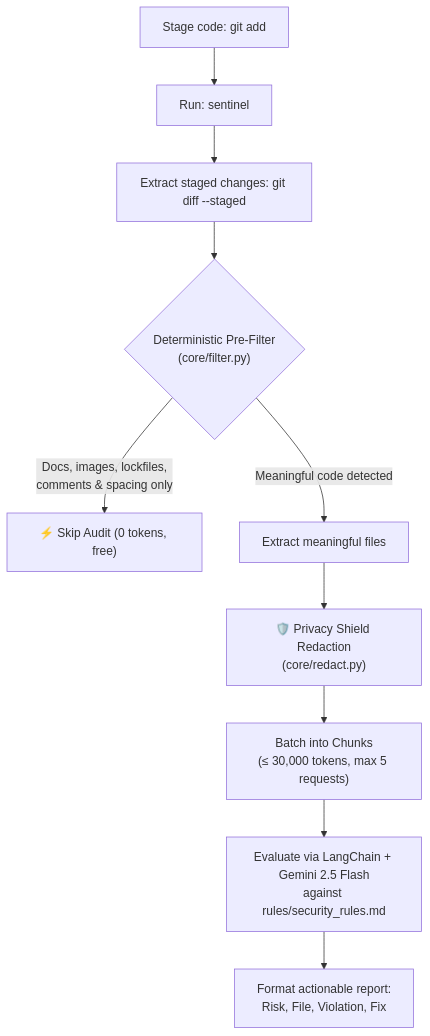
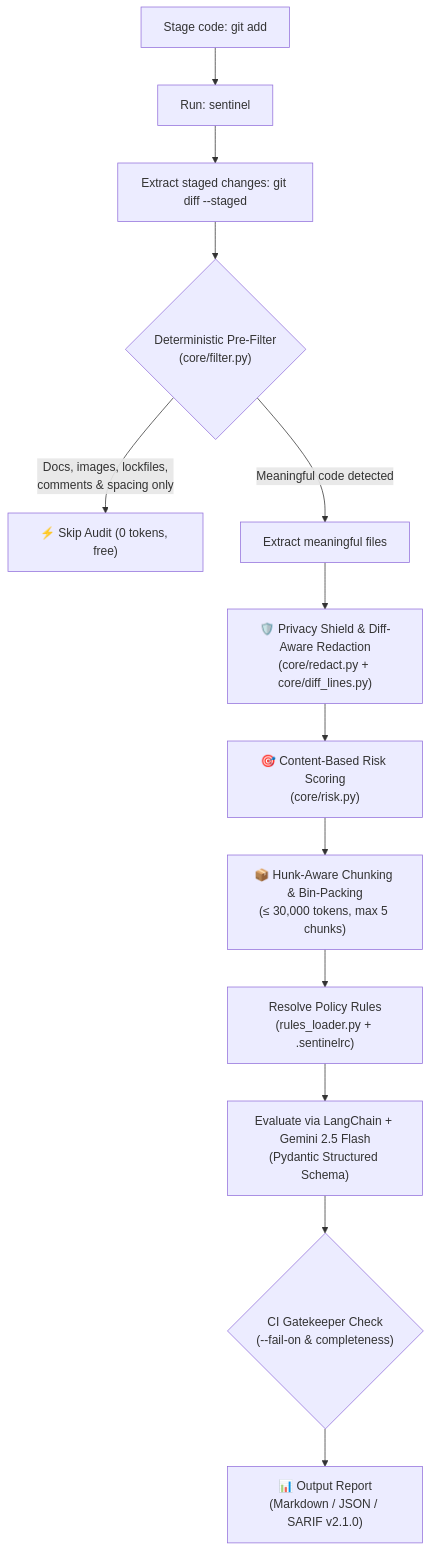
The diagram in README.md (SHREYASHSINGHAI/Sentinel-Code), drawn with Mermaid before and after one commit. The commit also changed other lines of this file and 6 other files, not shown here.

````diff
--- a/README.md
+++ b/README.md
@@ -33,14 +39,17 @@
 ```mermaid
 flowchart TD
     A["Stage code: git add"] --> B["Run: sentinel"]
     B --> C["Extract staged changes: git diff --staged"]
     C --> D{"Deterministic Pre-Filter<br/>(core/filter.py)"}
     
     D -- "Docs, images, lockfiles,<br/>comments & spacing only" --> E["⚡ Skip Audit (0 tokens, free)"]
     
     D -- "Meaningful code detected" --> F["Extract meaningful files"]
-    F --> G["🛡️ Privacy Shield Redaction<br/>(core/redact.py)"]
-    G --> H["Batch into Chunks<br/>(≤ 30,000 tokens, max 5 requests)"]
-    H --> I["Evaluate via LangChain + Gemini 2.5 Flash<br/>against rules/security_rules.md"]
-    I --> J["Format actionable report:<br/>Risk, File, Violation, Fix"]
+    F --> G["🛡️ Privacy Shield & Diff-Aware Redaction<br/>(core/redact.py + core/diff_lines.py)"]
+    G --> H["🎯 Content-Based Risk Scoring<br/>(core/risk.py)"]
+    H --> I["📦 Hunk-Aware Chunking & Bin-Packing<br/>(≤ 30,000 tokens, max 5 chunks)"]
+    I --> J["Resolve Policy Rules<br/>(rules_loader.py + .sentinelrc)"]
+    J --> K["Evaluate via LangChain + Gemini 2.5 Flash<br/>(Pydantic Structured Schema)"]
+    K --> L{"CI Gatekeeper Check<br/>(--fail-on & completeness)"}
+    L --> M["📊 Output Report<br/>(Markdown / JSON / SARIF v2.1.0)"]
 ```
````
